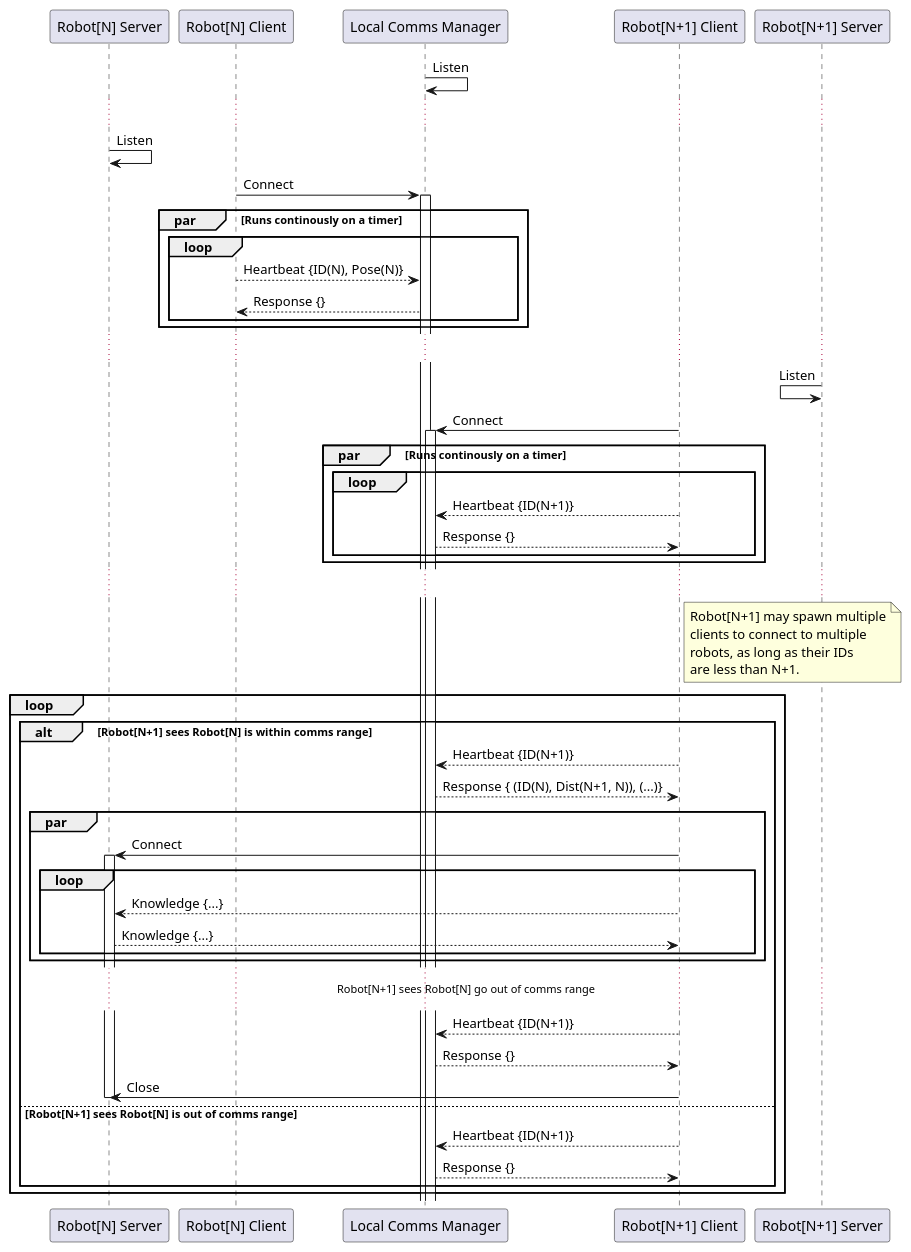
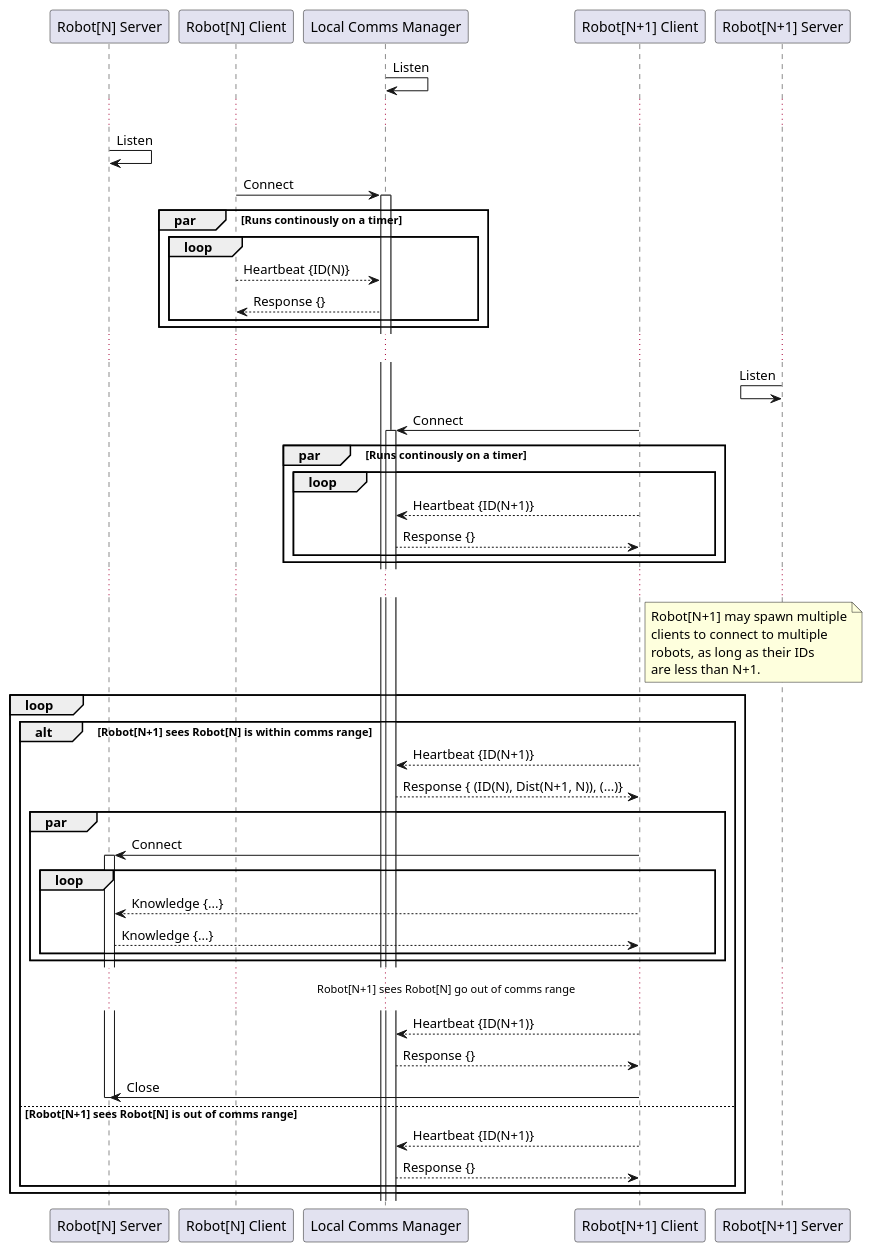
One commit to eshjordan/mobile-robotics-fyp changed the diagram in src/agent_local_comms_server/doc/comms_sequence.puml. Above: the diagram before and after it, drawn with PlantUML. The commit also changed 2 other files, not shown here.

Commit message:
Started implementing LocalCommsManager node

```diff
--- a/src/agent_local_comms_server/doc/comms_sequence.puml
+++ b/src/agent_local_comms_server/doc/comms_sequence.puml
@@ -1,71 +1,71 @@
 @startuml
 
 participant "Robot[N] Server"
 participant "Robot[N] Client"
 participant "Local Comms Manager"
 participant "Robot[N+1] Client"
 participant "Robot[N+1] Server"
 
 "Local Comms Manager" -> "Local Comms Manager" : Listen
 
 ...
 
 "Robot[N] Server" -> "Robot[N] Server" : Listen
 "Robot[N] Client" -> "Local Comms Manager" : Connect
 activate "Local Comms Manager"
 
 par Runs continously on a timer
 loop
-"Robot[N] Client" --> "Local Comms Manager": Heartbeat {ID(N), Pose(N)}
+"Robot[N] Client" --> "Local Comms Manager": Heartbeat {ID(N)}
 "Local Comms Manager" --> "Robot[N] Client": Response {}
 end
 end
 
 ...
 
 "Robot[N+1] Server" <- "Robot[N+1] Server" : Listen
 "Robot[N+1] Client" -> "Local Comms Manager" : Connect
 activate "Local Comms Manager"
 
 par Runs continously on a timer
 loop
 "Robot[N+1] Client" --> "Local Comms Manager": Heartbeat {ID(N+1)}
 "Local Comms Manager" --> "Robot[N+1] Client": Response {}
 end
 end
 
 ...
 
 note right of "Robot[N+1] Client"
 Robot[N+1] may spawn multiple
 clients to connect to multiple
 robots, as long as their IDs
 are less than N+1.
 end note
 
 loop
 alt Robot[N+1] sees Robot[N] is within comms range
 "Robot[N+1] Client" --> "Local Comms Manager": Heartbeat {ID(N+1)}
 "Local Comms Manager" --> "Robot[N+1] Client": Response { (ID(N), Dist(N+1, N)), (...)}
 par
 "Robot[N+1] Client" -> "Robot[N] Server": Connect
 activate "Robot[N] Server"
 loop
 "Robot[N+1] Client" --> "Robot[N] Server": Knowledge {...}
 "Robot[N] Server" --> "Robot[N+1] Client": Knowledge {...}
 end
 end
 ...Robot[N+1] sees Robot[N] go out of comms range...
 
 "Robot[N+1] Client" --> "Local Comms Manager": Heartbeat {ID(N+1)}
 "Local Comms Manager" --> "Robot[N+1] Client": Response {}
 "Robot[N+1] Client" -> "Robot[N] Server": Close
 deactivate "Robot[N] Server"
 
 else Robot[N+1] sees Robot[N] is out of comms range
 "Robot[N+1] Client" --> "Local Comms Manager": Heartbeat {ID(N+1)}
 "Local Comms Manager" --> "Robot[N+1] Client": Response {}
 end
 end
 
 @enduml
```
